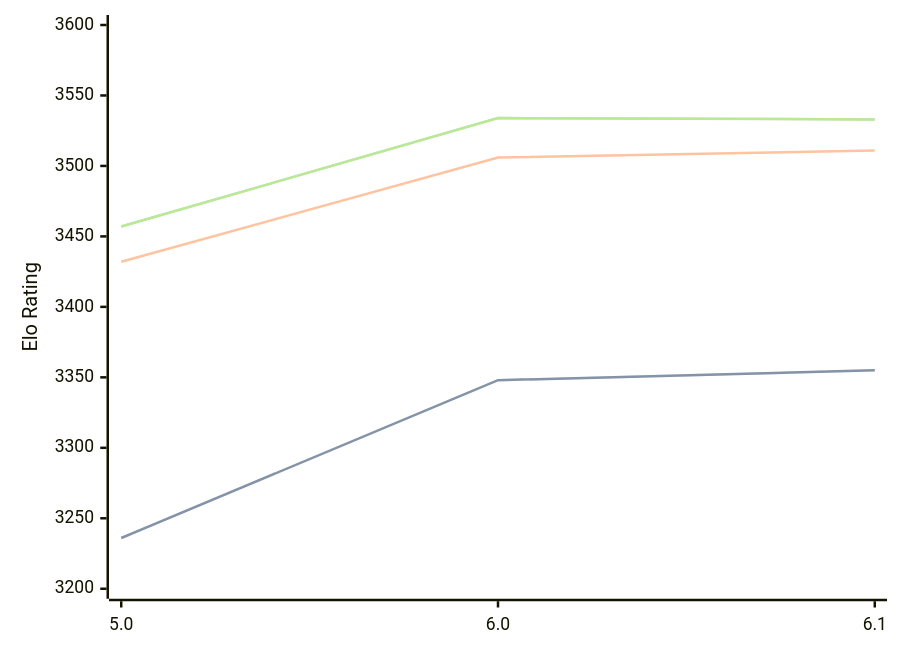
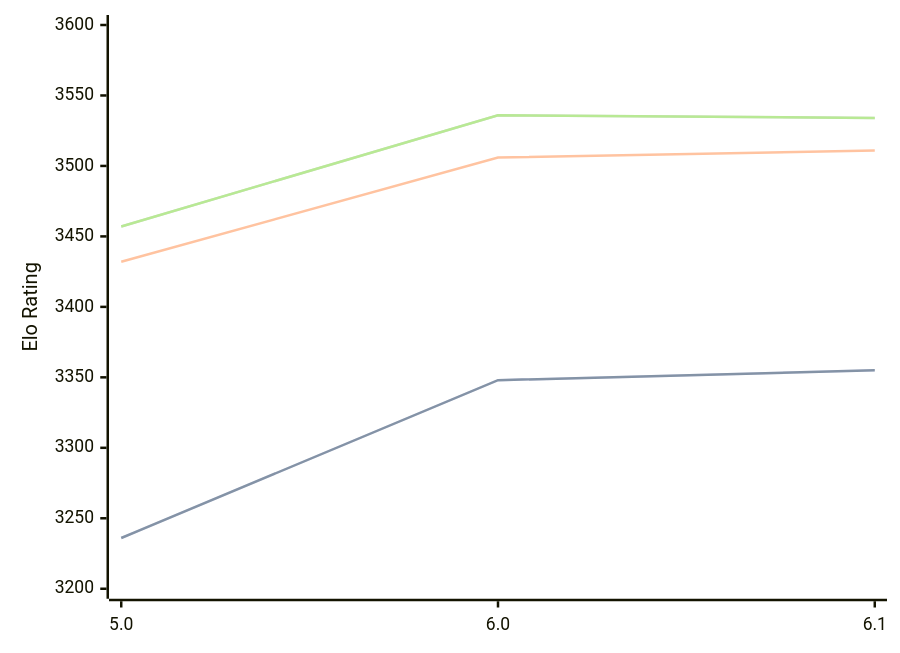
One commit to computer-chess-index/cci changed the diagram in engines/Starzix.md. Above: the diagram before and after it, drawn with Mermaid. The commit also changed other lines of this file, not shown here.

Commit message:
Update CCI Ratings (ELO VLTC) - 2026-04-02

````diff
--- a/engines/Starzix.md
+++ b/engines/Starzix.md
@@ -37,11 +37,11 @@
 ```mermaid
 %%{init: {"theme":"base","themeVariables":{"seriesColors:['#a3a3a3','#222221','#faa371']}}}%%
 xychart-beta
   x-axis ["5.0", "6.0", "6.1"]
   y-axis "Elo Rating" 3200 --> 3600
   line "STC (8.0+0.08s)" [3236, 3348, 3355]
   line "STC (8.0+0.08s)" [3236, 3348, 3355]
   line "LTC (60.0+0.60s)" [3432, 3506, 3511]
-  line "VLTC (2m24s+1.12s)" [3457, 3534, 3533]
-  line "VLTC (2m24s+1.12s)" [3457, 3534, 3533]
+  line "VLTC (2m24s+1.12s)" [3457, 3536, 3534]
+  line "VLTC (2m24s+1.12s)" [3457, 3536, 3534]
 ```
````
